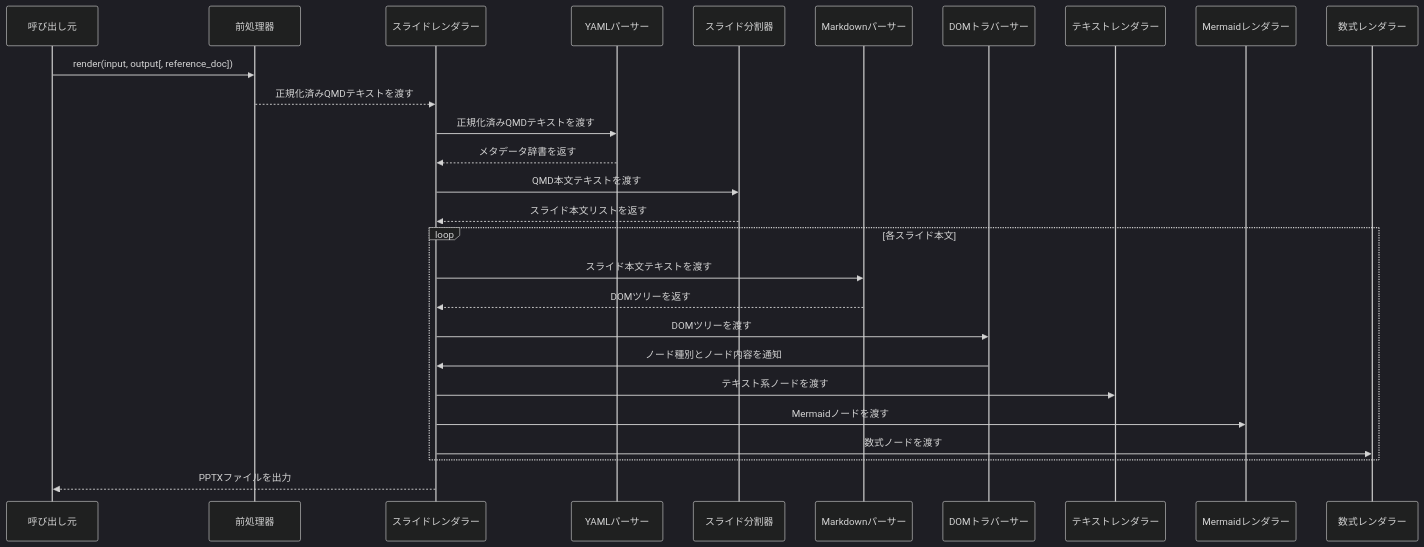
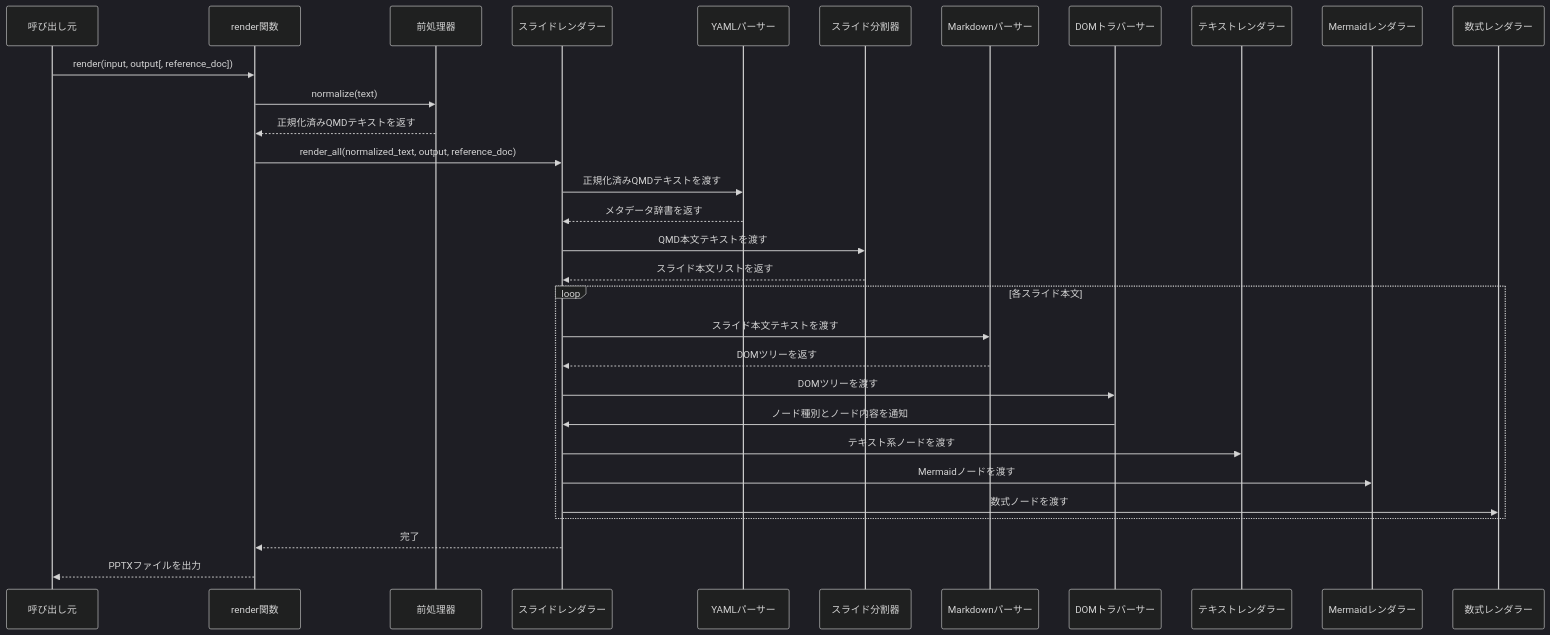
One commit to notfolder/qmd_to_pptx changed the sixth of 6 diagrams in docs/QMD_TO_PPTX_DESIGN.md. Above: the diagram before and after it, drawn with Mermaid (dark theme). The commit also changed other lines of this file and 1 other file, not shown here.

Commit message:
QMD → PPTX 変換ライブラリの設計書を更新し、`render` 関数の処理フローを明確化。前処理器の呼び出しを追加し、スライドレンダラーとの連携を詳細に記述。Mermaidレンダラーと数式レンダラーの呼び出し関係を更新。Claude Desktop登録設定例を削除。

````diff
--- a/docs/QMD_TO_PPTX_DESIGN.md
+++ b/docs/QMD_TO_PPTX_DESIGN.md
@@ -378,32 +379,36 @@
 ```mermaid
 sequenceDiagram
     participant 呼び出し元
+    participant render関数
     participant 前処理器
     participant スライドレンダラー
     participant YAMLパーサー
     participant スライド分割器
     participant Markdownパーサー
     participant DOMトラバーサー
     participant テキストレンダラー
     participant Mermaidレンダラー
     participant 数式レンダラー
 
-    呼び出し元 ->> 前処理器: render(input, output[, reference_doc])
-    前処理器 -->> スライドレンダラー: 正規化済みQMDテキストを渡す
+    呼び出し元 ->> render関数: render(input, output[, reference_doc])
+    render関数 ->> 前処理器: normalize(text)
+    前処理器 -->> render関数: 正規化済みQMDテキストを返す
+    render関数 ->> スライドレンダラー: render_all(normalized_text, output, reference_doc)
     スライドレンダラー ->> YAMLパーサー: 正規化済みQMDテキストを渡す
     YAMLパーサー -->> スライドレンダラー: メタデータ辞書を返す
     スライドレンダラー ->> スライド分割器: QMD本文テキストを渡す
     スライド分割器 -->> スライドレンダラー: スライド本文リストを返す
 
     loop 各スライド本文
         スライドレンダラー ->> Markdownパーサー: スライド本文テキストを渡す
         Markdownパーサー -->> スライドレンダラー: DOMツリーを返す
         スライドレンダラー ->> DOMトラバーサー: DOMツリーを渡す
         DOMトラバーサー ->> スライドレンダラー: ノード種別とノード内容を通知
         スライドレンダラー ->> テキストレンダラー: テキスト系ノードを渡す
         スライドレンダラー ->> Mermaidレンダラー: Mermaidノードを渡す
         スライドレンダラー ->> 数式レンダラー: 数式ノードを渡す
     end
 
-    スライドレンダラー -->> 呼び出し元: PPTXファイルを出力
+    スライドレンダラー -->> render関数: 完了
+    render関数 -->> 呼び出し元: PPTXファイルを出力
 ```
````
